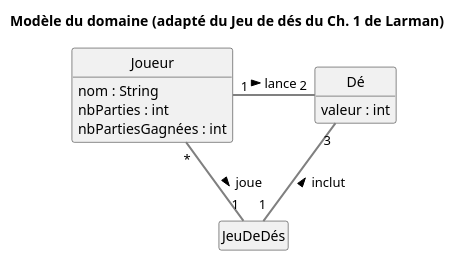
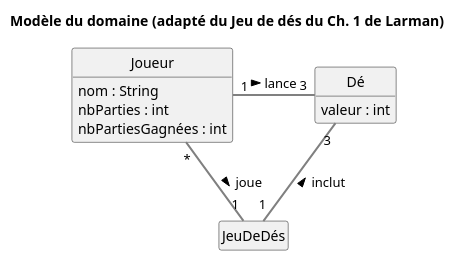
One commit to charlcl180/s20223-log210-01-lab00-charlcl180-main changed the diagram in s20223-log210-01-lab00-charlcl180-main/docs/modeles/mdd.puml. Above: the diagram before and after it, drawn with PlantUML. The commit also changed 10 other files, not shown here.

```diff
--- a/s20223-log210-01-lab00-charlcl180-main/docs/modeles/mdd.puml
+++ b/s20223-log210-01-lab00-charlcl180-main/docs/modeles/mdd.puml
@@ -1,20 +1,20 @@
 @startuml MDD
 skinparam style strictuml
 skinparam ArrowThickness 2
 skinparam ArrowColor #gray
 hide empty members
 title Modèle du domaine (adapté du Jeu de dés du Ch. 1 de Larman)
 class Joueur {
   nom : String
   nbParties : int
   nbPartiesGagnées : int
 }
 class Dé {
   valeur : int
 }
 class JeuDeDés
 ' associations
 Joueur "*" -down- "1" JeuDeDés : joue >
-Joueur "1" -right- "2" Dé : lance >
+Joueur "1" -right- "3" Dé : lance >
 JeuDeDés "1" -up- "3" Dé : inclut >
 @enduml
```
